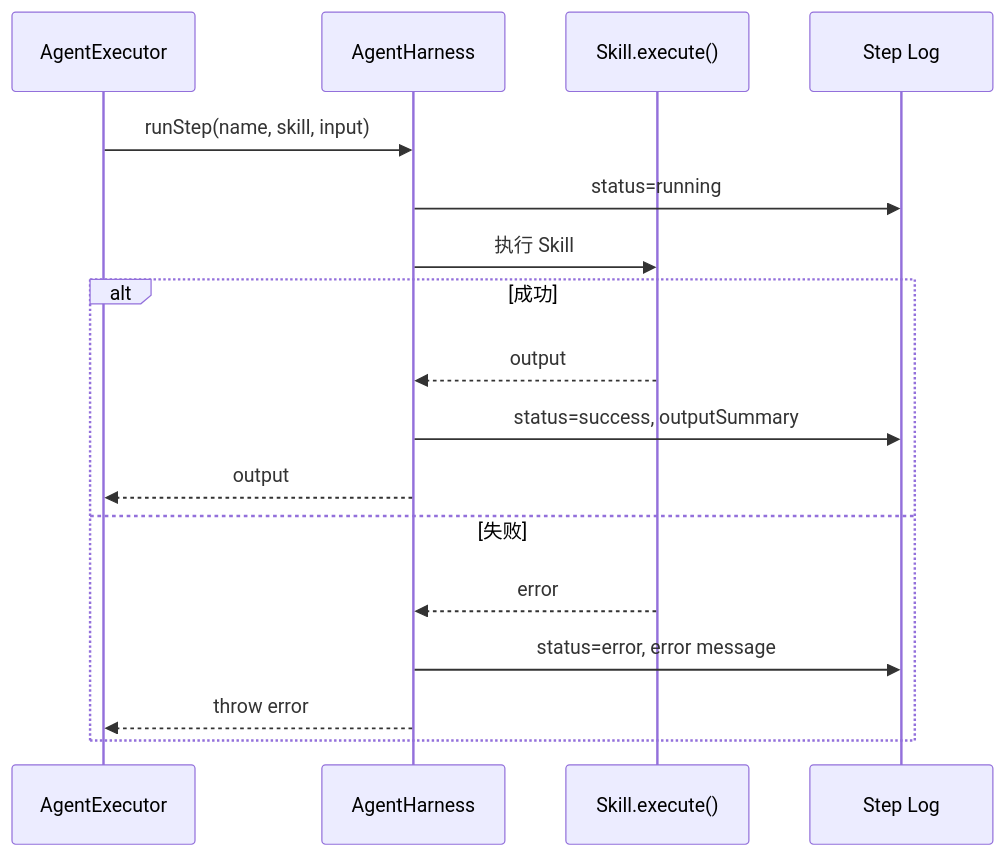
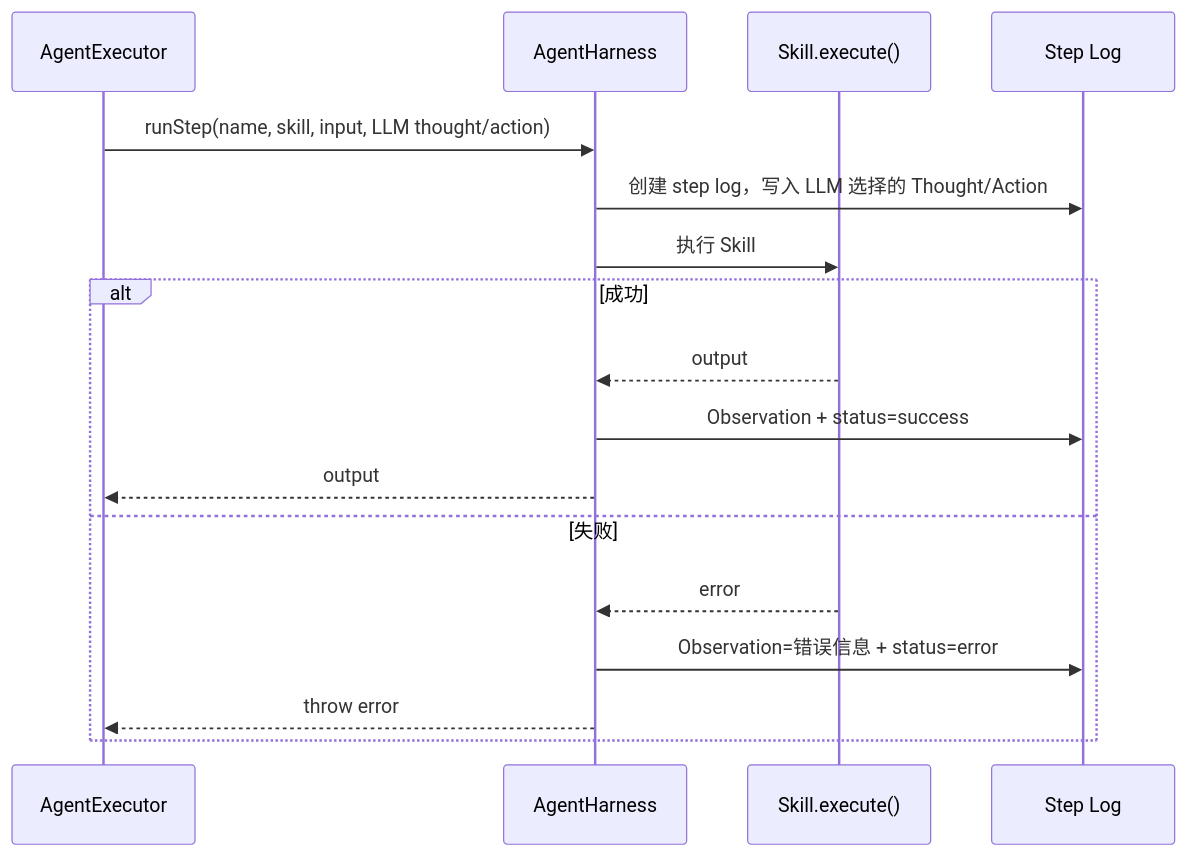
The eighth of 16 diagrams in docs/AGENT_ENGINEERING.md (YinL04/Daily-tasks-Agent-assistant), drawn with Mermaid before and after one commit. The commit also changed other lines of this file and 18 other files, not shown here.

````diff
--- a/docs/AGENT_ENGINEERING.md
+++ b/docs/AGENT_ENGINEERING.md
@@ -297,20 +315,20 @@
 ```mermaid
 sequenceDiagram
   participant Executor as AgentExecutor
   participant Harness as AgentHarness
   participant Skill as Skill.execute()
   participant Log as Step Log
 
-  Executor->>Harness: runStep(name, skill, input)
-  Harness->>Log: status=running
+  Executor->>Harness: runStep(name, skill, input, LLM thought/action)
+  Harness->>Log: 创建 step log，写入 LLM 选择的 Thought/Action
   Harness->>Skill: 执行 Skill
   alt 成功
     Skill-->>Harness: output
-    Harness->>Log: status=success, outputSummary
+    Harness->>Log: Observation + status=success
     Harness-->>Executor: output
   else 失败
     Skill-->>Harness: error
-    Harness->>Log: status=error, error message
+    Harness->>Log: Observation=错误信息 + status=error
     Harness-->>Executor: throw error
   end
 ```
````
